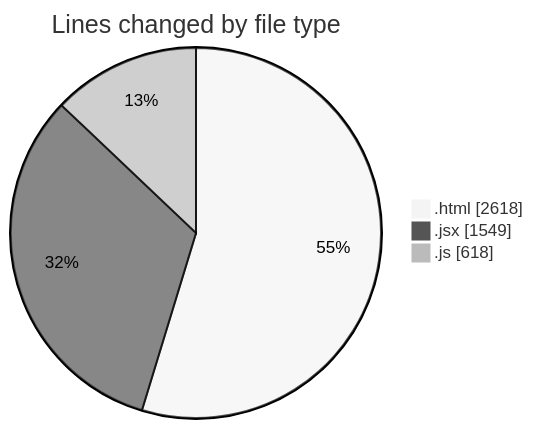
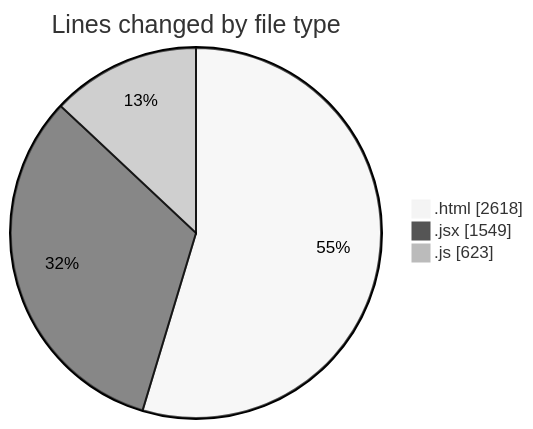
The first of 2 diagrams in 2025-08-08/nxtqube_webapp/README.md (nxtqubesakshisongat/code-tracking), drawn with Mermaid (neutral theme) before and after one commit. The commit also changed other lines of this file and 1 other file, not shown here.

````diff
--- a/2025-08-08/nxtqube_webapp/README.md
+++ b/2025-08-08/nxtqube_webapp/README.md
@@ -23,7 +23,7 @@
 ```mermaid
 pie showData
 title Lines changed by file type
 ".html" : 2618
 ".jsx" : 1549
-".js" : 618
+".js" : 623
 ```
````
